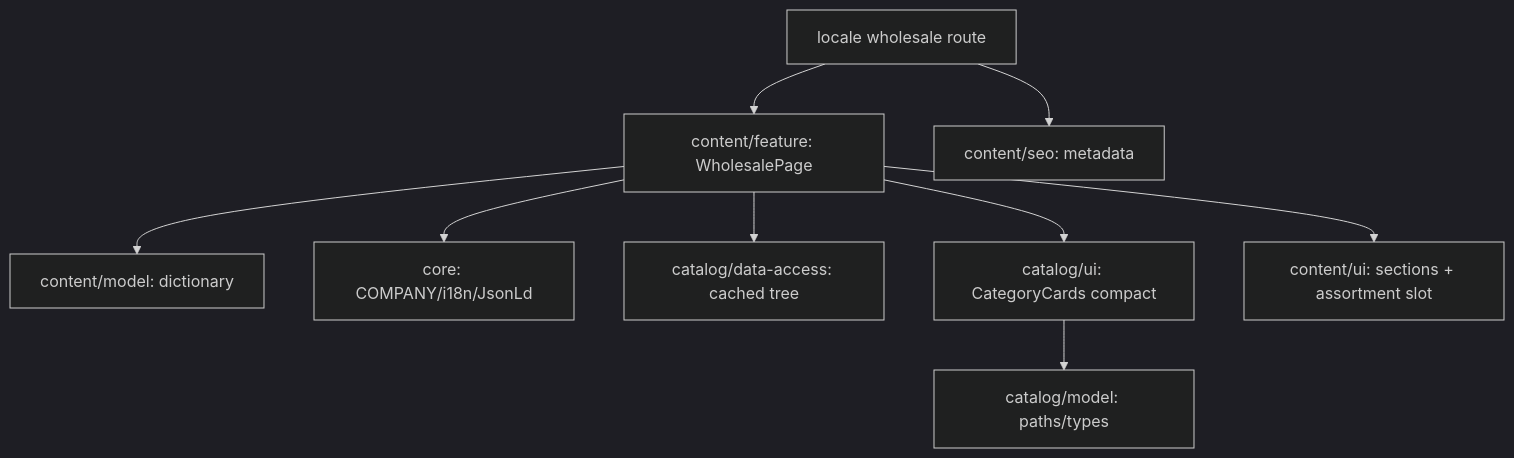
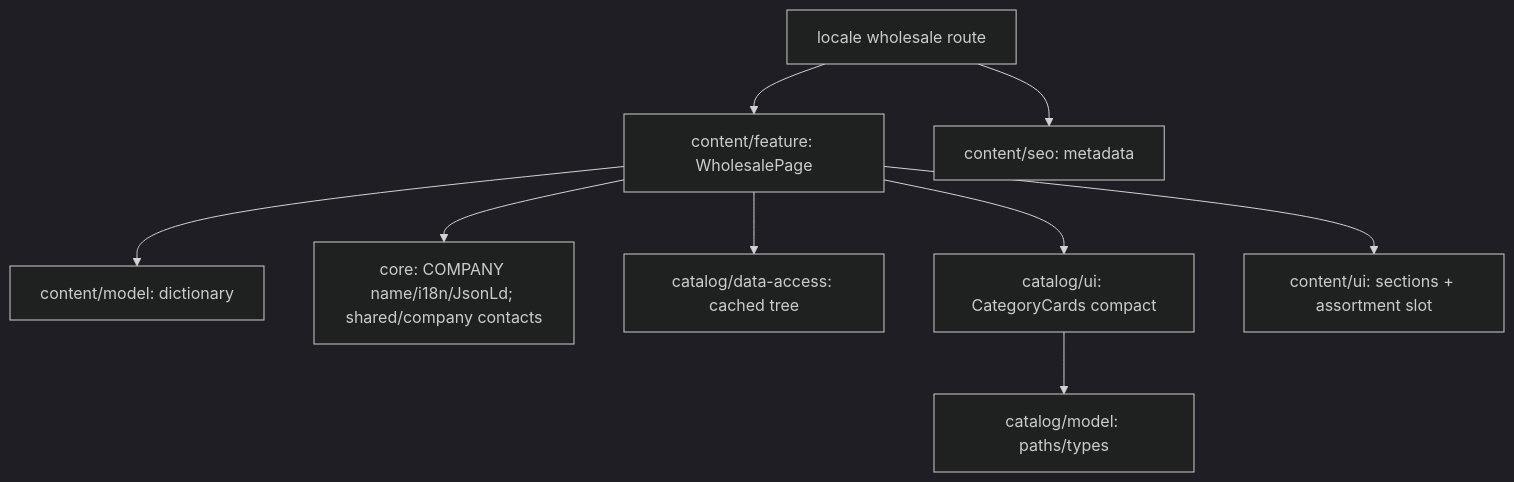
One commit to Weretik/kedr-web changed the diagram in docs/features/site/wholesale.md. Above: the diagram before and after it, drawn with Mermaid (dark theme). The commit also changed other lines of this file and 145 other files, not shown here.

First line of the commit message:
feat(contacts): site reads company contacts from the API, admin edits them

````diff
--- a/docs/features/site/wholesale.md
+++ b/docs/features/site/wholesale.md
@@ -14,11 +14,11 @@
 ```mermaid
 flowchart TD
   Route["locale wholesale route"] --> Feature["content/feature: WholesalePage"]
   Route --> Seo["content/seo: metadata"]
   Feature --> Model["content/model: dictionary"]
-  Feature --> Core["core: COMPANY/i18n/JsonLd"]
+  Feature --> Core["core: COMPANY name/i18n/JsonLd; shared/company contacts"]
   Feature --> Data["catalog/data-access: cached tree"]
   Feature --> Cards["catalog/ui: CategoryCards compact"]
   Cards --> CatModel["catalog/model: paths/types"]
   Feature --> Ui["content/ui: sections + assortment slot"]
 ```
````
